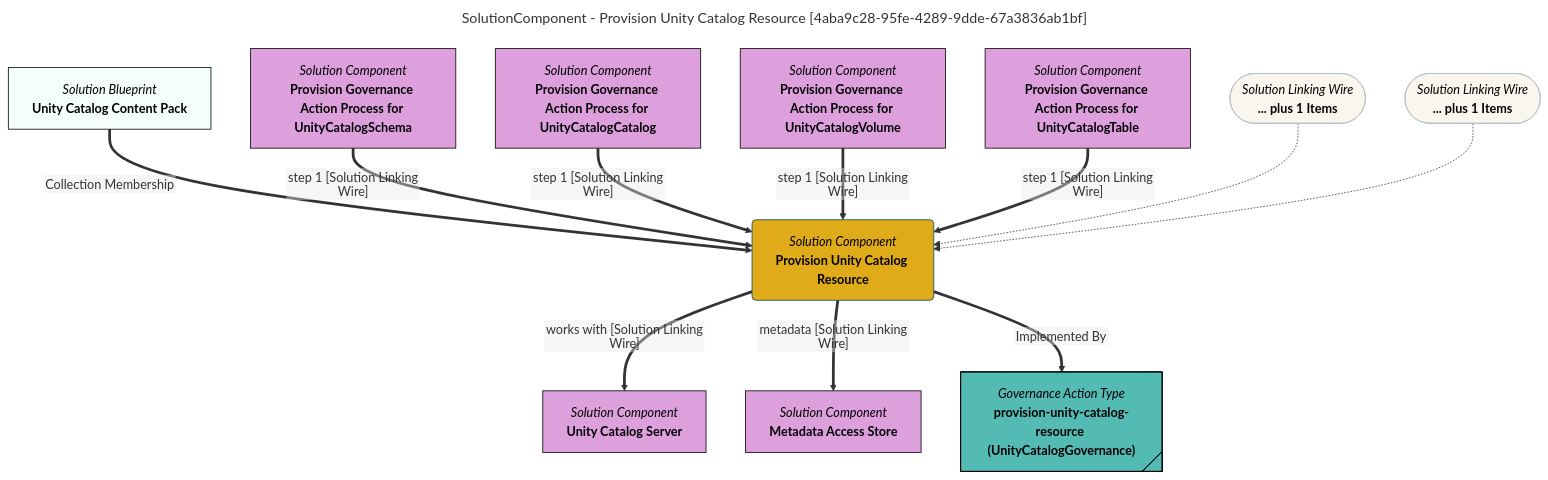
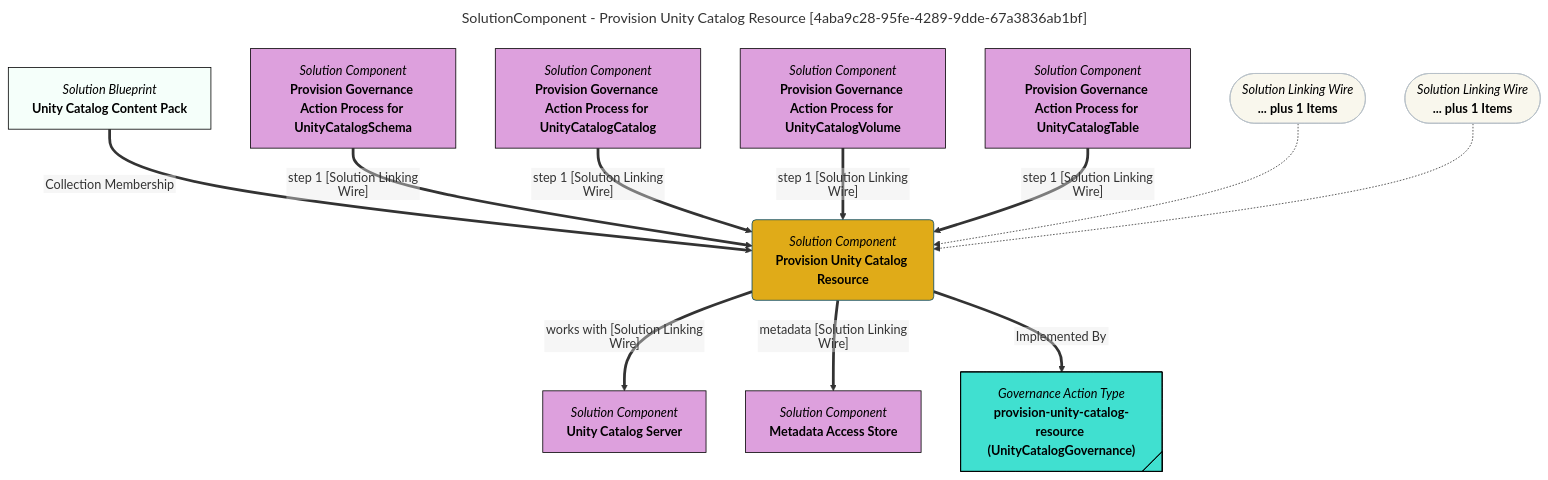
The diagram in site/snippets/blueprints/components/provision-unity-catalog-resource-mermaid-graph.md (odpi/egeria-docs), drawn with Mermaid before and after one commit. The commit also changed 2201 other files, not shown here.

````diff
--- a/site/snippets/blueprints/components/provision-unity-catalog-resource-mermaid-graph.md
+++ b/site/snippets/blueprints/components/provision-unity-catalog-resource-mermaid-graph.md
@@ -1,58 +1,58 @@
 ```mermaid
 ---
 title: SolutionComponent - Provision Unity Catalog Resource [4aba9c28-95fe-4289-9dde-67a3836ab1bf]
 ---
 flowchart TD
 %%{init: {"flowchart": {"htmlLabels": false}} }%%
 
 1@{ shape: rounded, label: "*Solution Component*
 **Provision Unity Catalog Resource**"}
 2@{ shape: rect, label: "*Solution Blueprint*
 **Unity Catalog Content Pack**"}
 2==>|"Collection Membership"|1
 3@{ shape: rect, label: "*Solution Component*
 **Unity Catalog Server**"}
 1==>|"works with [Solution Linking Wire]"|3
 4@{ shape: rect, label: "*Solution Component*
 **Provision Governance Action Process for UnityCatalogSchema**"}
 4==>|"step 1 [Solution Linking Wire]"|1
 5@{ shape: rect, label: "*Solution Component*
 **Metadata Access Store**"}
 1==>|"metadata [Solution Linking Wire]"|5
 6@{ shape: rect, label: "*Solution Component*
 **Provision Governance Action Process for UnityCatalogCatalog**"}
 6==>|"step 1 [Solution Linking Wire]"|1
 7@{ shape: rect, label: "*Solution Component*
 **Provision Governance Action Process for UnityCatalogVolume**"}
 7==>|"step 1 [Solution Linking Wire]"|1
 8@{ shape: rect, label: "*Solution Component*
 **Provision Governance Action Process for UnityCatalogTable**"}
 8==>|"step 1 [Solution Linking Wire]"|1
 9@{ shape: stadium, label: "*Solution Linking Wire*
 **... plus 1 Items**"}
 9-.->1
 10@{ shape: tag-rect, label: "*Governance Action Type*
 **provision-unity-catalog-resource (UnityCatalogGovernance)**"}
 1==>|"Implemented By"|10
 11@{ shape: stadium, label: "*Solution Linking Wire*
 **... plus 1 Items**"}
 11-.->1
 style 11 color:#000000, fill:#F9F7ED, stroke:#b7c0c7
 style 1 color:#000000, fill:#e0ab18, stroke:#004563
 style 2 color:#000000, fill:#f5fffa, stroke:#000000
-style 3 color:#000000, fill:#dda0dd, stroke:#000000
-style 4 color:#000000, fill:#dda0dd, stroke:#000000
-style 5 color:#000000, fill:#dda0dd, stroke:#000000
-style 6 color:#000000, fill:#dda0dd, stroke:#000000
-style 7 color:#000000, fill:#dda0dd, stroke:#000000
-style 8 color:#000000, fill:#dda0dd, stroke:#000000
+style 3 color:#000000, fill:#DDA0DD, stroke:#000000
+style 4 color:#000000, fill:#DDA0DD, stroke:#000000
+style 5 color:#000000, fill:#DDA0DD, stroke:#000000
+style 6 color:#000000, fill:#DDA0DD, stroke:#000000
+style 7 color:#000000, fill:#DDA0DD, stroke:#000000
+style 8 color:#000000, fill:#DDA0DD, stroke:#000000
 style 9 color:#000000, fill:#F9F7ED, stroke:#b7c0c7
-style 10 color:#000000, fill:#53bbb4, stroke:#000000
+style 10 color:#000000, fill:#40E0D0, stroke:#000000
 click 1 "https://egeria-project.org/concepts/governance-action-type/" "Click for more documentation" _blank
 click 3 "https://github.com/unitycatalog/unitycatalog" "Click for more documentation" _blank
 click 4 "https://egeria-project.org/egeria-solutions/leveraging-unity-catalog/overview/" "Click for more documentation" _blank
 click 5 "https://egeria-project.org/concepts/metadata-access-store/" "Click for more documentation" _blank
 click 6 "https://egeria-project.org/egeria-solutions/leveraging-unity-catalog/overview/" "Click for more documentation" _blank
 click 7 "https://egeria-project.org/egeria-solutions/leveraging-unity-catalog/overview/" "Click for more documentation" _blank
 click 8 "https://egeria-project.org/egeria-solutions/leveraging-unity-catalog/overview/" "Click for more documentation" _blank
 ```
````
